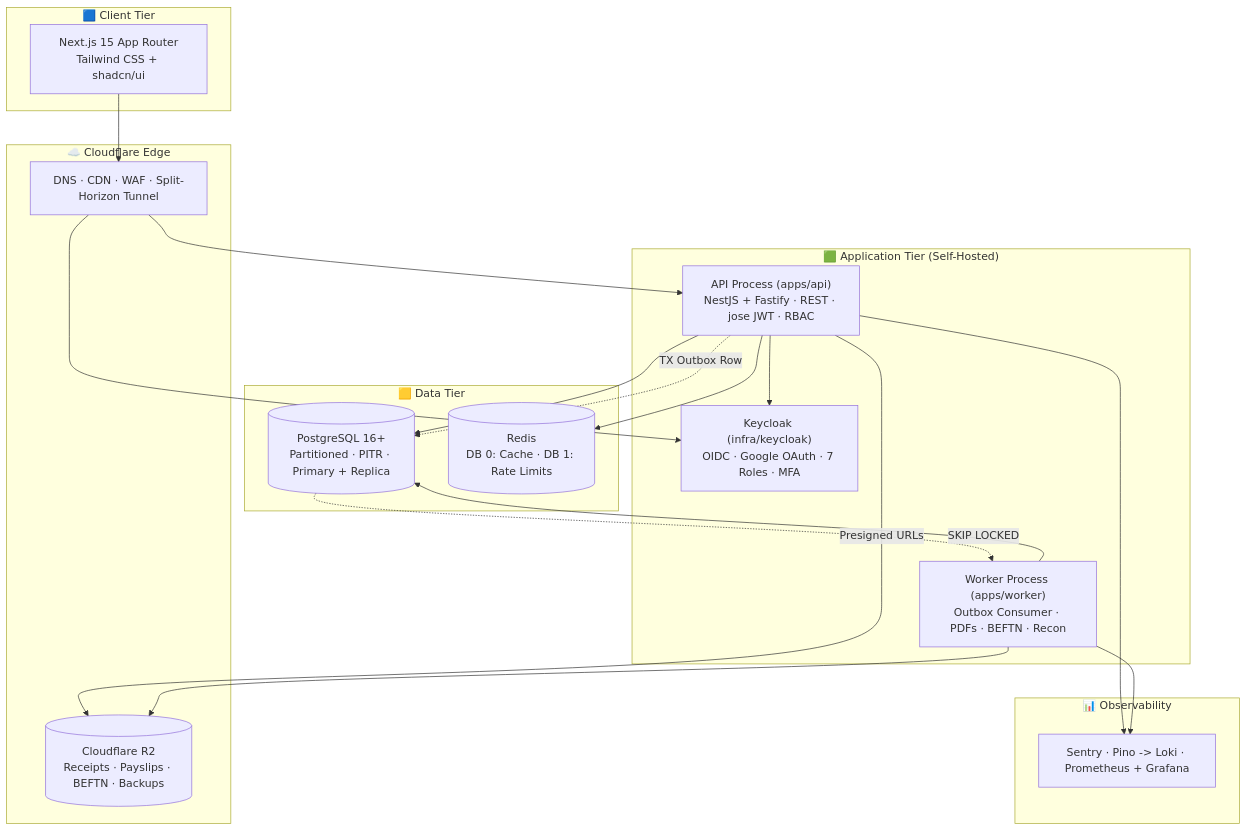
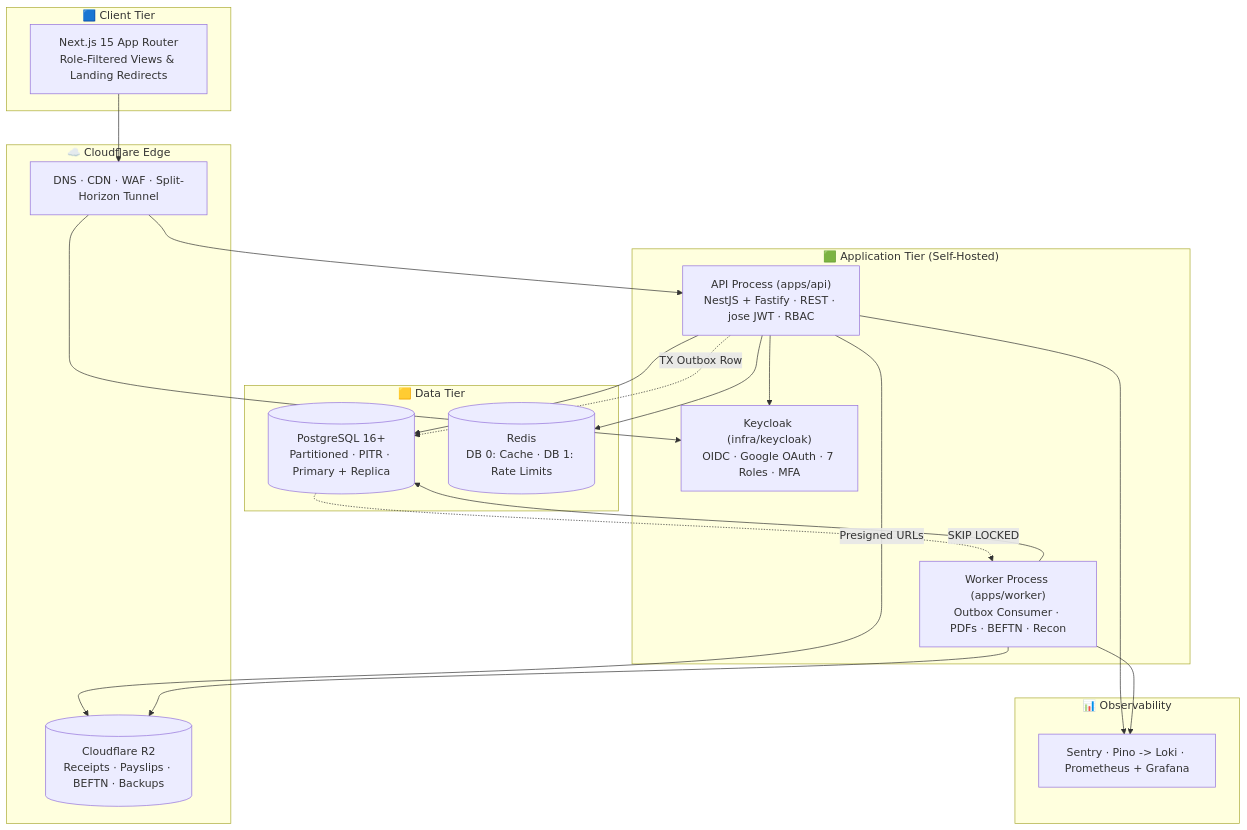
Before and after one commit to sks006/collage-management-system: the second of 2 diagrams in docs/complete_project_outline.md, drawn with Mermaid. The commit also changed other lines of this file and 4 other files, not shown here.

````diff
--- a/docs/complete_project_outline.md
+++ b/docs/complete_project_outline.md
@@ -84,39 +84,39 @@
 ```mermaid
 graph TB
     subgraph Client["🟦 Client Tier"]
-        WEB["Next.js 15 App Router<br/>Tailwind CSS + shadcn/ui"]
+        WEB["Next.js 15 App Router<br/>Role-Filtered Views & Landing Redirects"]
     end
 
     subgraph Edge["☁️ Cloudflare Edge"]
         CF["DNS · CDN · WAF · Split-Horizon Tunnel"]
         R2[("Cloudflare R2<br/>Receipts · Payslips · BEFTN · Backups")]
     end
 
     subgraph App["🟩 Application Tier (Self-Hosted)"]
         API["API Process (apps/api)<br/>NestJS + Fastify · REST · jose JWT · RBAC"]
         WORKER["Worker Process (apps/worker)<br/>Outbox Consumer · PDFs · BEFTN · Recon"]
         IDP["Keycloak (infra/keycloak)<br/>OIDC · Google OAuth · 7 Roles · MFA"]
     end
 
     subgraph Data["🟨 Data Tier"]
         PG[("PostgreSQL 16+<br/>Partitioned · PITR · Primary + Replica")]
         RD[("Redis<br/>DB 0: Cache · DB 1: Rate Limits")]
     end
 
     subgraph Ops["📊 Observability"]
         OBS["Sentry · Pino -> Loki · Prometheus + Grafana"]
     end
 
     WEB --> CF
     CF --> API
     CF --> IDP
     API --> IDP
     API --> PG
     API --> RD
     API -->|Presigned URLs| R2
     API -.->|TX Outbox Row| PG
     PG -.->|SKIP LOCKED| WORKER
     WORKER --> PG
     WORKER --> R2
     API & WORKER --> OBS
 ```
````
